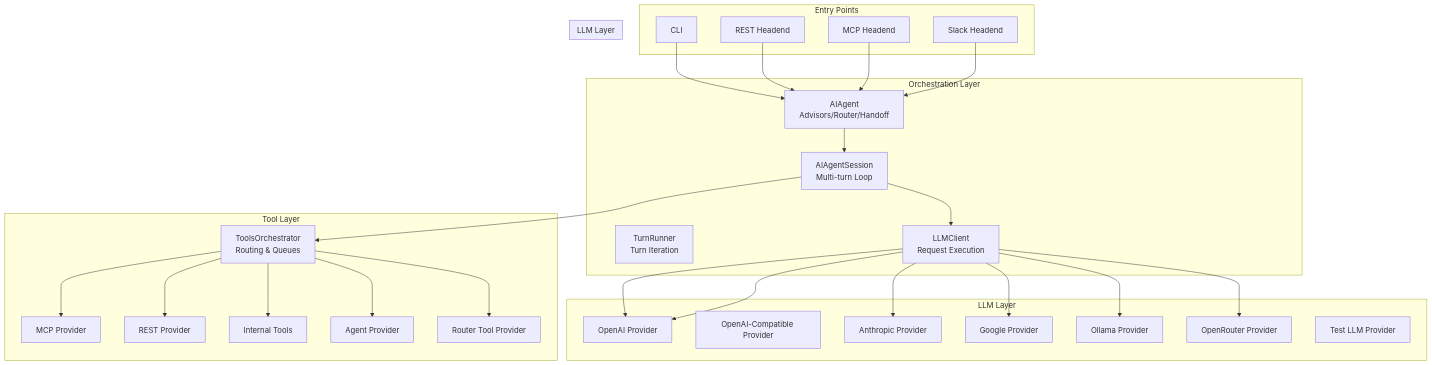
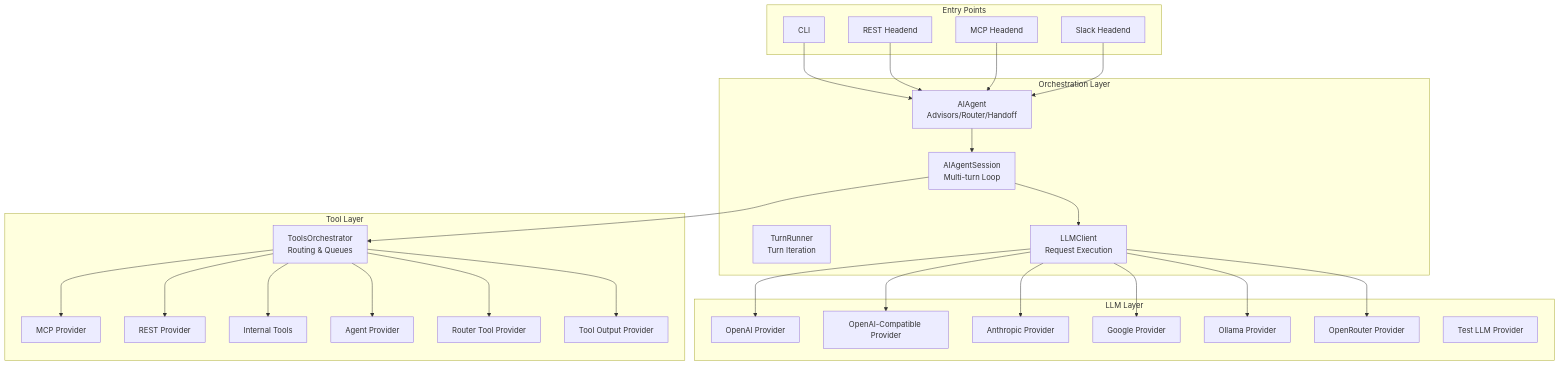
The first of 3 diagrams in docs/Technical-Specs-Architecture.md (netdata/netdata), drawn with Mermaid before and after one commit. The commit also changed other lines of this file and 63 other files, not shown here.

````diff
--- a/docs/Technical-Specs-Architecture.md
+++ b/docs/Technical-Specs-Architecture.md
@@ -39,69 +39,59 @@
 ```mermaid
 graph TB
     subgraph "Entry Points"
         CLI[CLI]
         REST[REST Headend]
         MCP[MCP Headend]
         Slack[Slack Headend]
     end
 
     subgraph "Orchestration Layer"
         AIAgent[AIAgent<br/>Advisors/Router/Handoff]
         Session[AIAgentSession<br/>Multi-turn Loop]
         TurnRunner[TurnRunner<br/>Turn Iteration]
         LLMClient[LLMClient<br/>Request Execution]
         end
 
     subgraph "LLM Layer"
-        LLMClient[LLMClient<br/>Request Execution]
-        OpenAI[OpenAI Provider]
-        OpenAICompat[OpenAI-Compatible Provider]
-        Anthropic[Anthropic Provider]
-        Google[Google Provider]
-        Ollama[Ollama Provider]
-        OpenRouter[OpenRouter Provider]
-        TestLLM[Test LLM Provider]
-        end
-
-    subgraph "LLM Layer"
-        LLMClient[LLMClient<br/>Request Execution]
         OpenAI[OpenAI Provider]
         OpenAICompat[OpenAI-Compatible Provider]
         Anthropic[Anthropic Provider]
         Google[Google Provider]
         Ollama[Ollama Provider]
         OpenRouter[OpenRouter Provider]
         TestLLM[Test LLM Provider]
         end
 
      subgraph "Tool Layer"
         ToolsOrch[ToolsOrchestrator<br/>Routing & Queues]
         MCPProv[MCP Provider]
         RESTProv[REST Provider]
         InternalProv[Internal Tools]
         AgentProv[Agent Provider]
         RouterProv[Router Tool Provider]
+        ToolOutputProv[Tool Output Provider]
         end
 
     CLI --> AIAgent
     REST --> AIAgent
     MCP --> AIAgent
     Slack --> AIAgent
 
     AIAgent --> Session
     Session --> LLMClient
     Session --> ToolsOrch
 
     LLMClient --> OpenAI
-    LLMClient --> OpenAI
+    LLMClient --> OpenAICompat
     LLMClient --> Anthropic
     LLMClient --> Google
     LLMClient --> Ollama
     LLMClient --> OpenRouter
 
     ToolsOrch --> MCPProv
     ToolsOrch --> RESTProv
     ToolsOrch --> InternalProv
     ToolsOrch --> AgentProv
     ToolsOrch --> RouterProv
+    ToolsOrch --> ToolOutputProv
 ```
````
